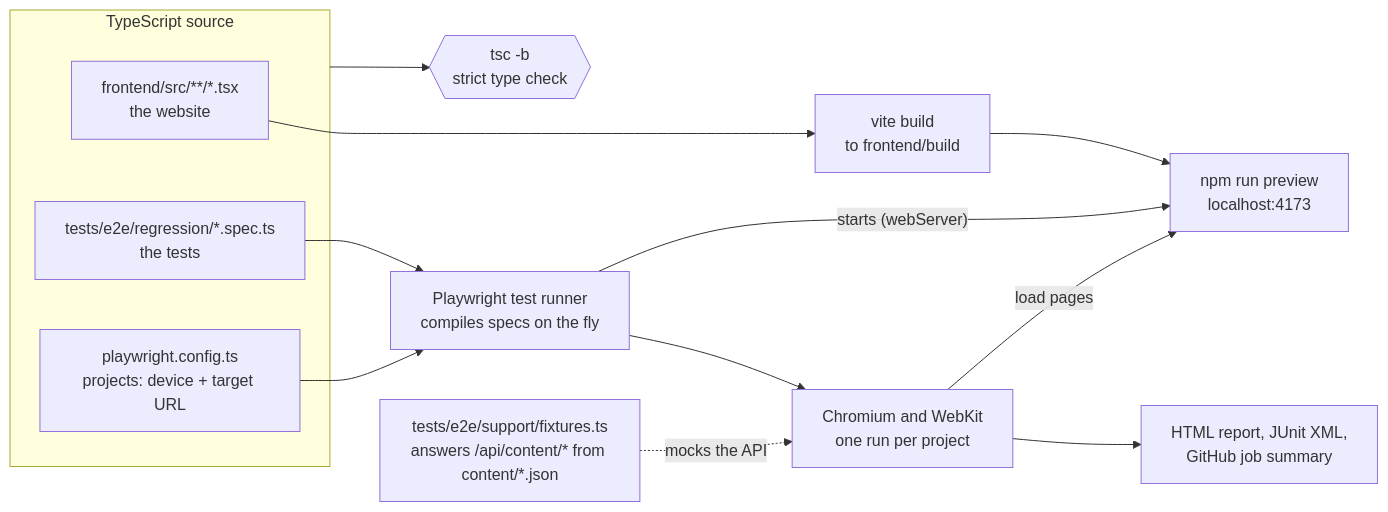
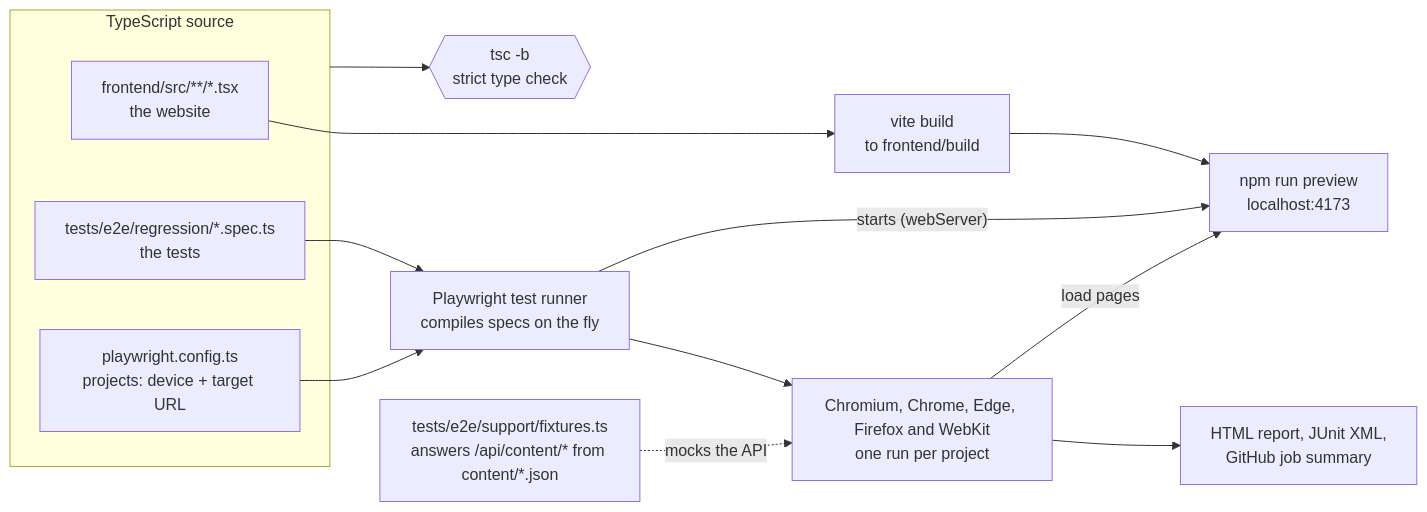
One commit to shane24sweeney/aboutshane changed the second of 4 diagrams in docs/testing.md. Above: the diagram before and after it, drawn with Mermaid. The commit also changed other lines of this file and 10 other files, not shown here.

First line of the commit message:
Test on Chrome, Edge, Firefox, Safari, tablets and newer phones

````diff
--- a/docs/testing.md
+++ b/docs/testing.md
@@ -142,19 +143,19 @@
 ```mermaid
 flowchart LR
   subgraph code["TypeScript source"]
     app["frontend/src/**/*.tsx<br/>the website"]
     specs["tests/e2e/regression/*.spec.ts<br/>the tests"]
     config["playwright.config.ts<br/>projects: device + target URL"]
   end
 
   code --> tsc{{"tsc -b<br/>strict type check"}}
   app --> vite["vite build<br/>to frontend/build"]
   vite --> preview["npm run preview<br/>localhost:4173"]
 
   specs & config --> runner["Playwright test runner<br/>compiles specs on the fly"]
   runner -- "starts (webServer)" --> preview
-  runner --> browsers["Chromium and WebKit<br/>one run per project"]
+  runner --> browsers["Chromium, Chrome, Edge, Firefox and WebKit<br/>one run per project"]
   fixtures["tests/e2e/support/fixtures.ts<br/>answers /api/content/* from content/*.json"] -. "mocks the API" .-> browsers
   browsers -- "load pages" --> preview
   browsers --> reports["HTML report, JUnit XML,<br/>GitHub job summary"]
 ```
````
